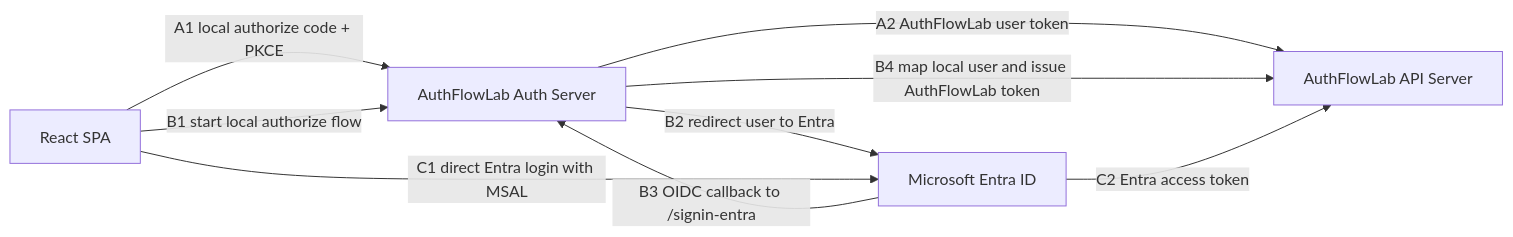
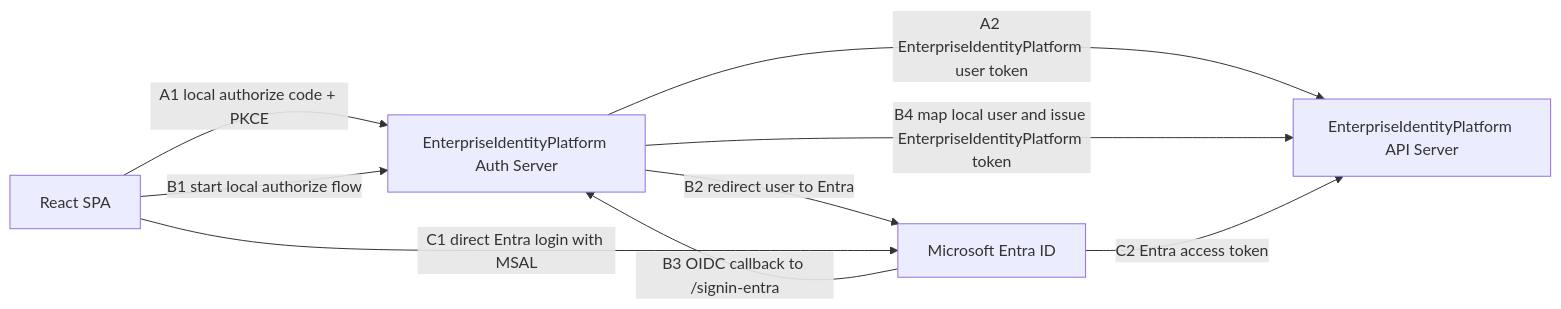
The first of 3 diagrams in README.md (haoyucheng369-gif/EnterpriseIdentityPlatform), drawn with Mermaid before and after one commit. The commit also changed other lines of this file and 106 other files, not shown here.

Commit message:
Rename project to EnterpriseIdentityPlatform

````diff
--- a/README.md
+++ b/README.md
@@ -34,18 +34,18 @@
 ```mermaid
 flowchart LR
     SPA[React SPA]
-    Auth[AuthFlowLab Auth Server]
+    Auth[EnterpriseIdentityPlatform Auth Server]
     Entra[Microsoft Entra ID]
-    API[AuthFlowLab API Server]
+    API[EnterpriseIdentityPlatform API Server]
 
     SPA -->|A1 local authorize code + PKCE| Auth
-    Auth -->|A2 AuthFlowLab user token| API
+    Auth -->|A2 EnterpriseIdentityPlatform user token| API
 
     SPA -->|B1 start local authorize flow| Auth
     Auth -->|B2 redirect user to Entra| Entra
     Entra -->|B3 OIDC callback to /signin-entra| Auth
-    Auth -->|B4 map local user and issue AuthFlowLab token| API
+    Auth -->|B4 map local user and issue EnterpriseIdentityPlatform token| API
 
     SPA -->|C1 direct Entra login with MSAL| Entra
     Entra -->|C2 Entra access token| API
 ```
````
